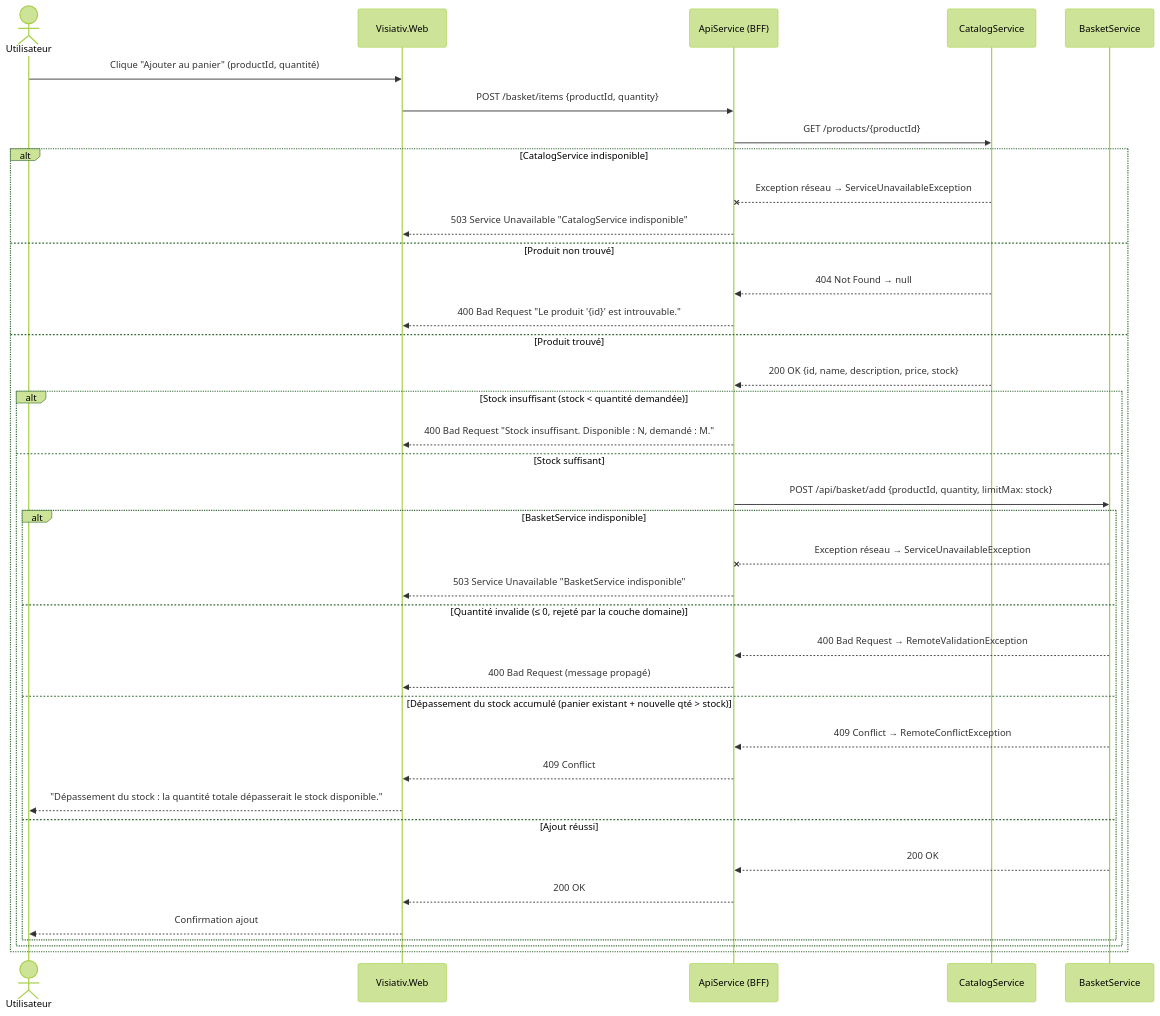
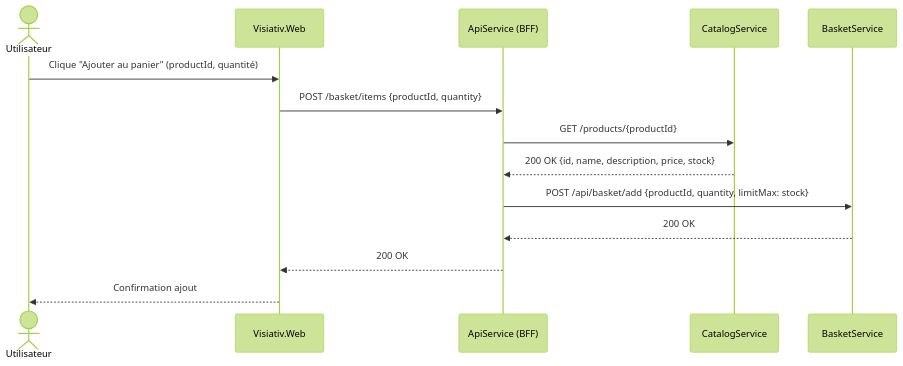
Before and after one commit to GreYak/Visiativ: the fourth of 6 diagrams in docs/2_architecture.md, drawn with Mermaid (forest theme). The commit also changed other lines of this file, not shown here.

Commit message:
Correction diagrammes de séquences

````diff
--- a/docs/2_architecture.md
+++ b/docs/2_architecture.md
@@ -150,51 +146,17 @@
 ```mermaid
 sequenceDiagram
     actor User as Utilisateur
     participant Web as Visiativ.Web
     participant BFF as ApiService (BFF)
     participant Cat as CatalogService
     participant Bas as BasketService
 
     User->>Web: Clique "Ajouter au panier" (productId, quantité)
     Web->>BFF: POST /basket/items {productId, quantity}
-
     BFF->>Cat: GET /products/{productId}
-
-    alt CatalogService indisponible
-        Cat--xBFF: Exception réseau → ServiceUnavailableException
-        BFF-->>Web: 503 Service Unavailable "CatalogService indisponible"
-
-    else Produit non trouvé
-        Cat-->>BFF: 404 Not Found → null
-        BFF-->>Web: 400 Bad Request "Le produit '{id}' est introuvable."
-
-    else Produit trouvé
-        Cat-->>BFF: 200 OK {id, name, description, price, stock}
-
-        alt Stock insuffisant (stock < quantité demandée)
-            BFF-->>Web: 400 Bad Request "Stock insuffisant. Disponible : N, demandé : M."
-
-        else Stock suffisant
-            BFF->>Bas: POST /api/basket/add {productId, quantity, limitMax: stock}
-
-            alt BasketService indisponible
-                Bas--xBFF: Exception réseau → ServiceUnavailableException
-                BFF-->>Web: 503 Service Unavailable "BasketService indisponible"
-
-            else Quantité invalide (≤ 0, rejeté par la couche domaine)
-                Bas-->>BFF: 400 Bad Request → RemoteValidationException
-                BFF-->>Web: 400 Bad Request (message propagé)
-
-            else Dépassement du stock accumulé (panier existant + nouvelle qté > stock)
-                Bas-->>BFF: 409 Conflict → RemoteConflictException
-                BFF-->>Web: 409 Conflict
-                Web-->>User: "Dépassement du stock : la quantité totale dépasserait le stock disponible."
-
-            else Ajout réussi
-                Bas-->>BFF: 200 OK
-                BFF-->>Web: 200 OK
-                Web-->>User: Confirmation ajout
-            end
-        end
-    end
+    Cat-->>BFF: 200 OK {id, name, description, price, stock}
+    BFF->>Bas: POST /api/basket/add {productId, quantity, limitMax: stock}
+    Bas-->>BFF: 200 OK
+    BFF-->>Web: 200 OK
+    Web-->>User: Confirmation ajout
 ```
````
